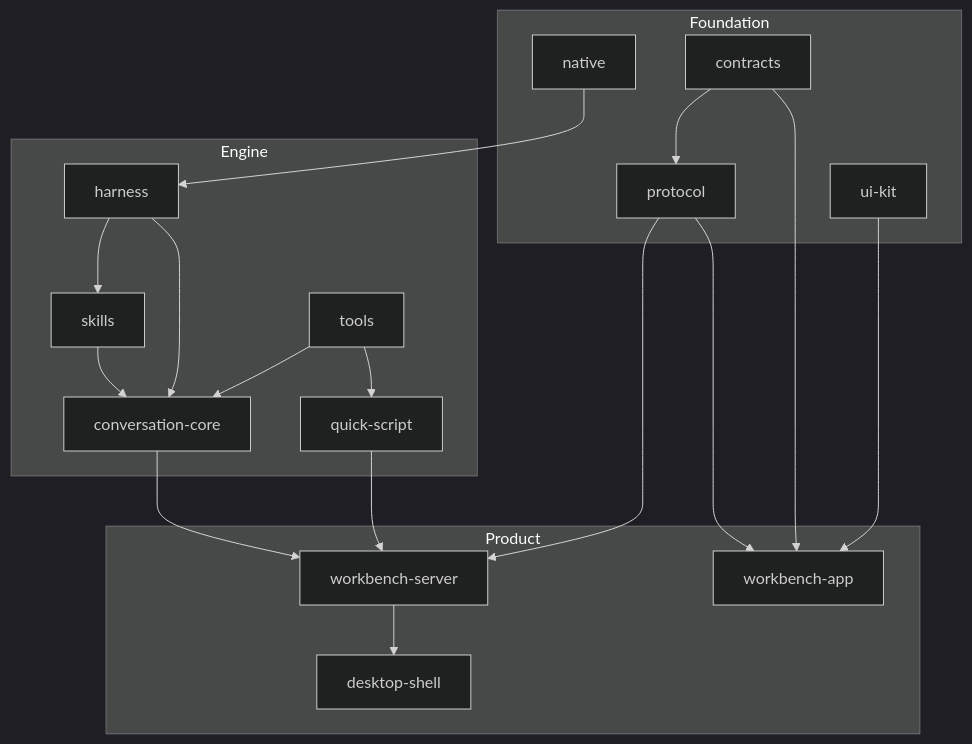
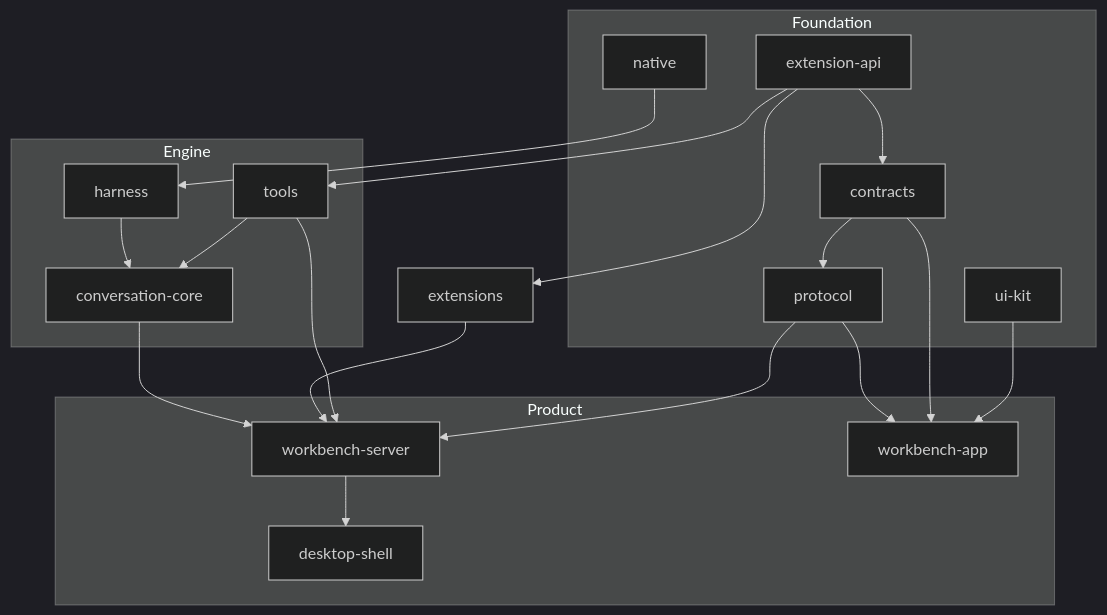
The diagram in docs/architecture/codebase.md (ThilinaTLM/nerve), drawn with Mermaid (dark theme) before and after one commit. The commit also changed other lines of this file and 519 other files, not shown here.

First line of the commit message:
Extension platform: built-in extensions on @nervekit/extension-api, generic accounts, package consolidation (#578)

````diff
--- a/docs/architecture/codebase.md
+++ b/docs/architecture/codebase.md
@@ -5,28 +5,30 @@
 ```mermaid
 flowchart TB
   subgraph Foundation
+    extension-api
     contracts
     protocol
     native
     ui-kit
   end
   subgraph Engine
-    harness --> skills
-    skills --> conversation-core
-    tools --> quick-script
     harness --> conversation-core
     tools --> conversation-core
   end
   subgraph Product
     workbench-server --> desktop-shell
     workbench-app
   end
+  extension-api --> contracts
+  extension-api --> tools
+  extension-api --> extensions
   contracts --> protocol
   native --> harness
   conversation-core --> workbench-server
-  quick-script --> workbench-server
+  extensions --> workbench-server
+  tools --> workbench-server
   protocol --> workbench-server
   protocol --> workbench-app
   contracts --> workbench-app
   ui-kit --> workbench-app
 ```
````
